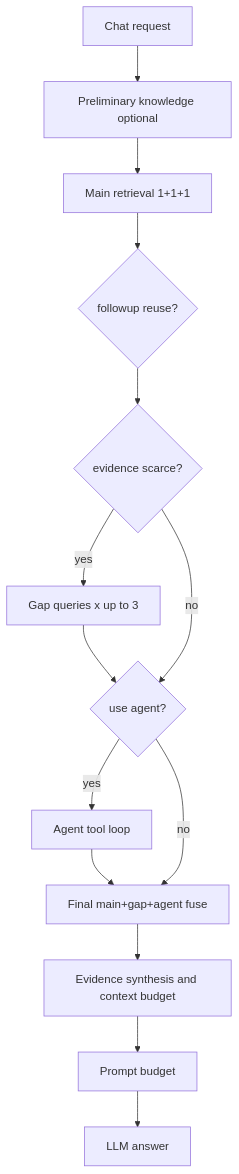
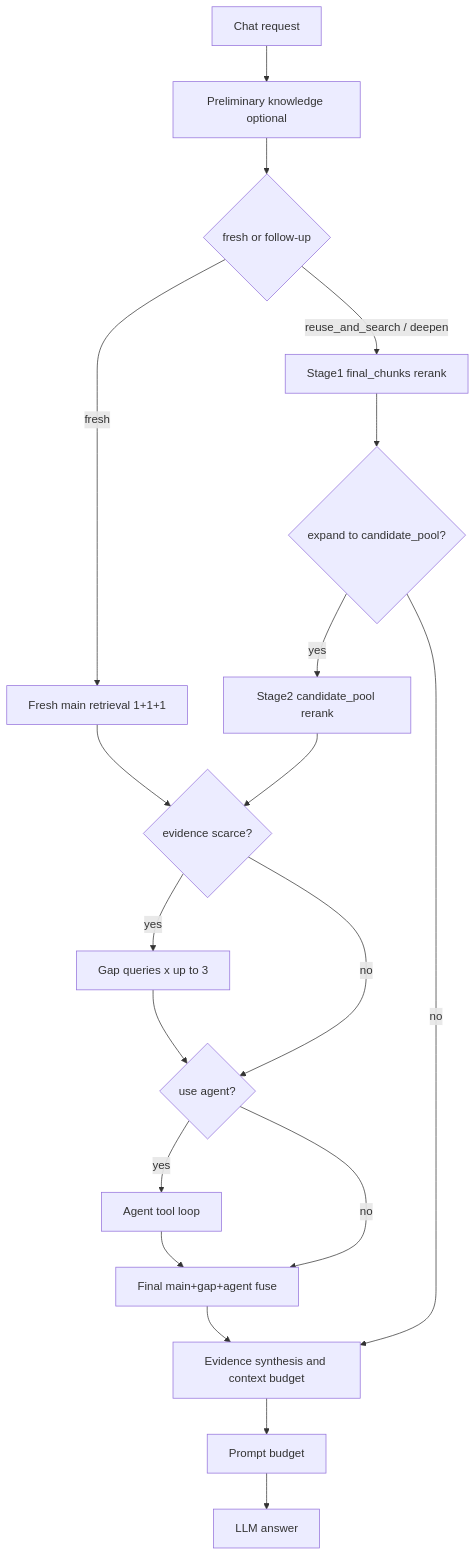
The first of 3 diagrams in docs/budget_evidence_flow_mechanism.md (CODRbio/RAG), drawn with Mermaid before and after one commit. The commit also changed other lines of this file and 86 other files, not shown here.

````diff
--- a/docs/budget_evidence_flow_mechanism.md
+++ b/docs/budget_evidence_flow_mechanism.md
@@ -128,23 +136,30 @@
 ```mermaid
 flowchart TD
     chatReq["Chat request"]
     chatPre["Preliminary knowledge optional"]
-    chatMain["Main retrieval 1+1+1"]
-    chatReuse{"followup reuse?"}
+    chatRoute{"fresh or follow-up"}
+    chatMain["Fresh main retrieval 1+1+1"]
+    chatFollow1["Stage1 final_chunks rerank"]
+    chatExpand{"expand to candidate_pool?"}
+    chatFollow2["Stage2 candidate_pool rerank"]
     chatGap{"evidence scarce?"}
     chatGapSearch["Gap queries x up to 3"]
     chatAgent{"use agent?"}
     chatAgentRun["Agent tool loop"]
     chatFuse["Final main+gap+agent fuse"]
     chatCtx["Evidence synthesis and context budget"]
     chatPrompt["Prompt budget"]
     chatLLM["LLM answer"]
 
-    chatReq --> chatPre --> chatMain --> chatReuse
-    chatReuse --> chatGap
+    chatReq --> chatPre --> chatRoute
+    chatRoute -->|"fresh"| chatMain --> chatGap
+    chatRoute -->|"reuse_and_search / deepen"| chatFollow1 --> chatExpand
+    chatExpand -->|"yes"| chatFollow2 --> chatGap
+    chatExpand -->|"no"| chatCtx
     chatGap -->|"yes"| chatGapSearch --> chatAgent
     chatGap -->|"no"| chatAgent
     chatAgent -->|"yes"| chatAgentRun --> chatFuse
     chatAgent -->|"no"| chatFuse
-    chatFuse --> chatCtx --> chatPrompt --> chatLLM
+    chatFuse --> chatCtx
+    chatCtx --> chatPrompt --> chatLLM
 ```
````
